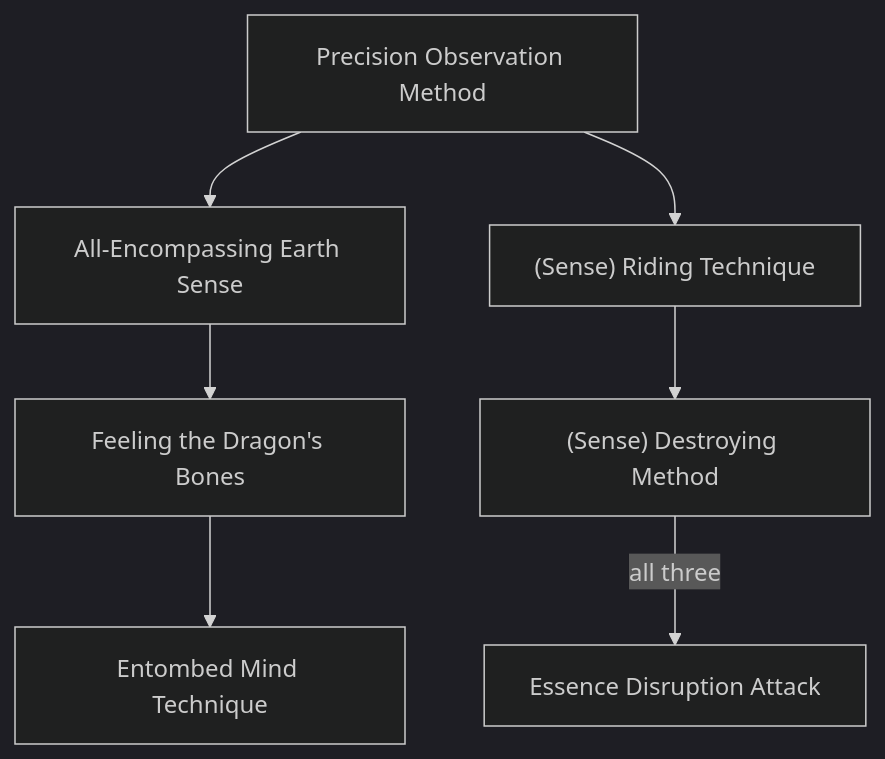
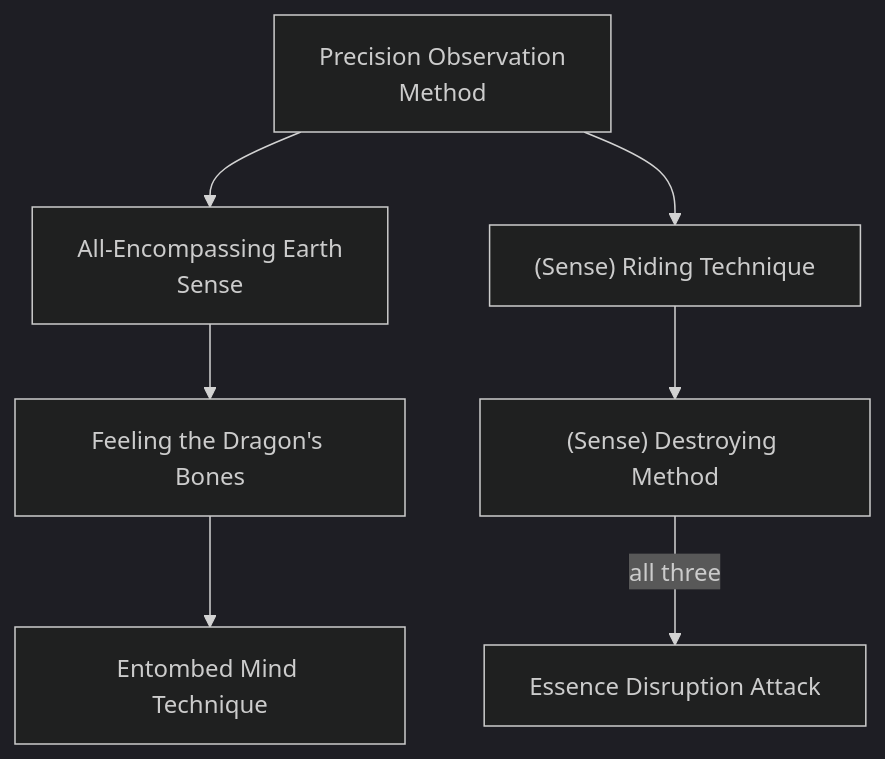
The diagram in docs/mermaid/dragon_blooded/earth_awareness_2.mmd (jrobichaud/exalted-charms-1e), drawn with Mermaid before and after one commit. The commit also changed 11 other files, not shown here.

```diff
--- a/docs/mermaid/dragon_blooded/earth_awareness_2.mmd
+++ b/docs/mermaid/dragon_blooded/earth_awareness_2.mmd
@@ -4,7 +4,7 @@
 ---
 flowchart TD
 
-    precision_observation_method[Precision Observation Method]
+    precision_observation_method[Precision Observation<br>Method]
     click precision_observation_method callback "
         Precision Observation Method<br>
         <br>
@@ -25,7 +25,7 @@
         double her Awareness with this Charm.
         "
 
-    all_encompassing_earth_sense[All-Encompassing Earth Sense]
+    all_encompassing_earth_sense[All-Encompassing Earth<br>Sense]
     precision_observation_method --> all_encompassing_earth_sense
     click all_encompassing_earth_sense callback "
         All-Encompassing Earth Sense<br>
```
